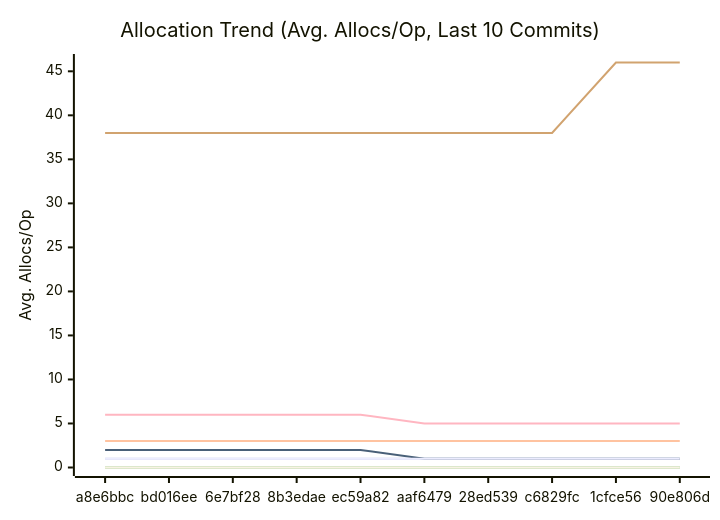
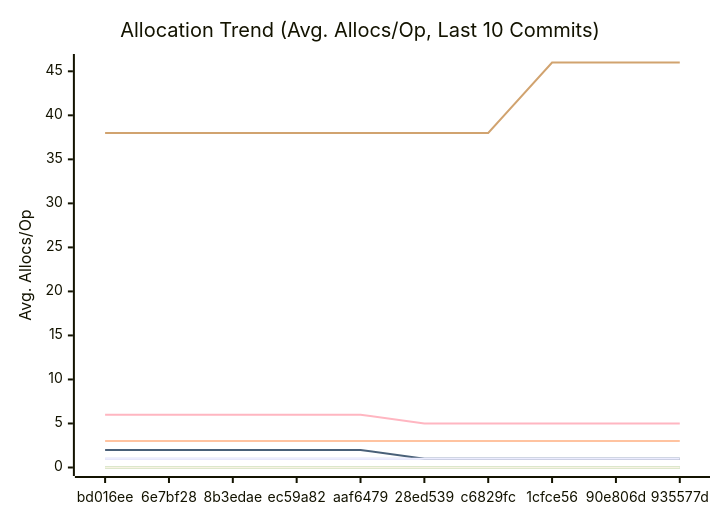
Before and after one commit to alsotoes/momo: the third of 3 diagrams in docs/PERFORMANCE.md, drawn with Mermaid. The commit also changed other lines of this file and 3 other files, not shown here.

````diff
--- a/docs/PERFORMANCE.md
+++ b/docs/PERFORMANCE.md
@@ -176,18 +176,18 @@
 ```mermaid
 xychart-beta
     title "Allocation Trend (Avg. Allocs/Op, Last 10 Commits)"
     x-axis "Commit"
     y-axis "Avg. Allocs/Op"
-    x-axis [a8e6bbc,bd016ee,6e7bf28,8b3edae,ec59a82,aaf6479,28ed539,c6829fc,1cfce56,90e806d]
+    x-axis [bd016ee,6e7bf28,8b3edae,ec59a82,aaf6479,28ed539,c6829fc,1cfce56,90e806d,935577d]
     line "CheckMetricsAndSwap" [0,0,0,0,0,0,0,0,0,0]
     line "CrushOptimized" [0,0,0,0,0,0,0,0,0,0]
     line "CrushOriginal" [3,3,3,3,3,3,3,3,3,3]
     line "IndexDirectTracking" [0,0,0,0,0,0,0,0,0,0]
     line "IndexSearch" [0,0,0,0,0,0,0,0,0,0]
-    line "LoadGlobalConfig" [38,38,38,38,38,38,38,38,46,46]
+    line "LoadGlobalConfig" [38,38,38,38,38,38,38,46,46,46]
     line "PadString" [1,1,1,1,1,1,1,1,1,1]
     line "ParseReplicationOrder_NoPrealloc" [6,6,6,6,6,5,5,5,5,5]
     line "ParseReplicationOrder_Prealloc" [2,2,2,2,2,1,1,1,1,1]
     line "SanitizeLog/Safe" [0,0,0,0,0,0,0,0,0,0]
     line "SanitizeLog/Unsafe" [1,1,1,1,1,1,1,1,1,1]
 ```
````
